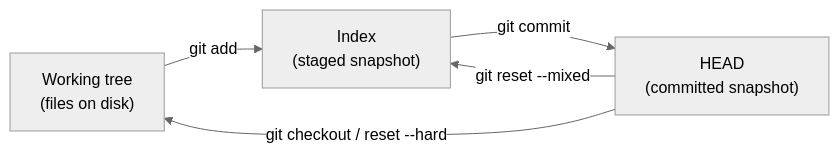
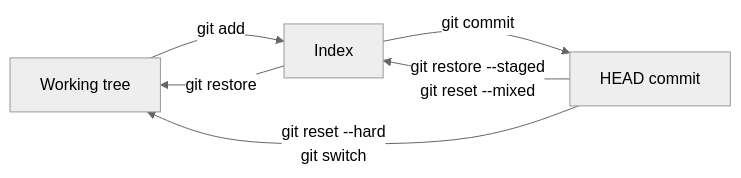
Before and after one commit to AndrewAltimit/Documentation: the third of 4 diagrams in github-pages/docs/technology/git/object-model.md, drawn with Mermaid (neutral theme). The commit also changed other lines of this file and 240 other files, not shown here.

````diff
--- a/github-pages/docs/technology/git/object-model.md
+++ b/github-pages/docs/technology/git/object-model.md
@@ -111,7 +301,8 @@
 ```mermaid
 flowchart LR
-    WT["Working tree<br/>(files on disk)"] -->|git add| IDX["Index<br/>(staged snapshot)"]
-    IDX -->|git commit| HEAD["HEAD<br/>(committed snapshot)"]
-    HEAD -->|git checkout / reset --hard| WT
-    HEAD -->|git reset --mixed| IDX
+    WT["Working tree"] -->|"git add"| IDX["Index"]
+    IDX -->|"git commit"| HEAD["HEAD commit"]
+    HEAD -->|"git restore --staged<br/>git reset --mixed"| IDX
+    IDX -->|"git restore"| WT
+    HEAD -->|"git reset --hard<br/>git switch"| WT
 ```
````
